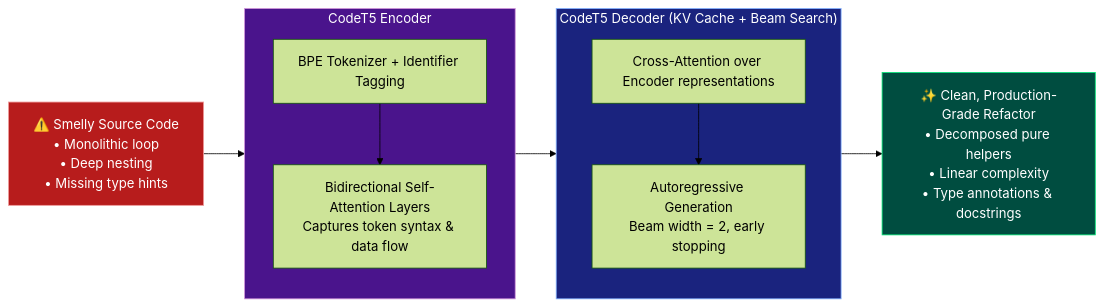
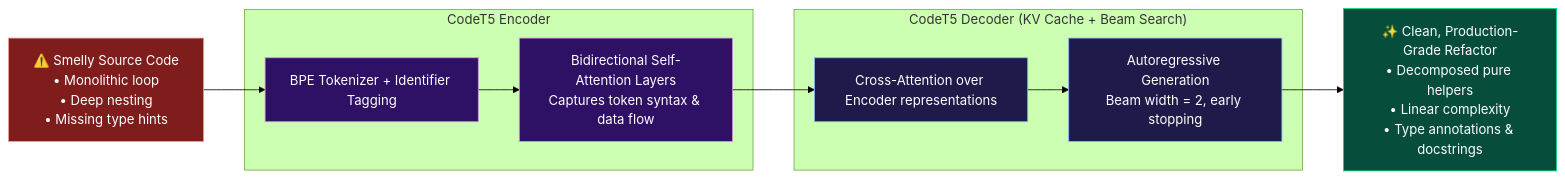
The third of 4 diagrams in README.md (wraith-klu/RigelAI), drawn with Mermaid (forest theme) before and after one commit. The commit also changed other lines of this file, not shown here.

Commit message:
Fix: Mermaid diagram syntax for GitHub Flavored Markdown rich display rendering

````diff
--- a/README.md
+++ b/README.md
@@ -259,25 +277,29 @@
 ```mermaid
 flowchart LR
-    BUGGY["⚠️ Smelly Source Code\n• Monolithic loop\n• Deep nesting\n• Missing type hints"]
+    BUGGY["⚠️ Smelly Source Code<br/>• Monolithic loop<br/>• Deep nesting<br/>• Missing type hints"]
 
-    subgraph ENCODER["CodeT5 Encoder"]
+    subgraph S_ENCODER["CodeT5 Encoder"]
         E_TOK["BPE Tokenizer + Identifier Tagging"]
-        E_ATTN["Bidirectional Self-Attention Layers\nCaptures token syntax & data flow"]
+        E_ATTN["Bidirectional Self-Attention Layers<br/>Captures token syntax & data flow"]
         E_TOK --> E_ATTN
     end
 
-    subgraph DECODER["CodeT5 Decoder (KV Cache + Beam Search)"]
+    subgraph S_DECODER["CodeT5 Decoder (KV Cache + Beam Search)"]
         D_CROSS["Cross-Attention over Encoder representations"]
-        D_AUTOREG["Autoregressive Generation\nBeam width = 2, early stopping"]
+        D_AUTOREG["Autoregressive Generation<br/>Beam width = 2, early stopping"]
         D_CROSS --> D_AUTOREG
     end
 
-    REFACTORED["✨ Clean, Production-Grade Refactor\n• Decomposed pure helpers\n• Linear complexity\n• Type annotations & docstrings"]
+    REFACTORED["✨ Clean, Production-Grade Refactor<br/>• Decomposed pure helpers<br/>• Linear complexity<br/>• Type annotations & docstrings"]
 
-    BUGGY --> ENCODER --> DECODER --> REFACTORED
+    BUGGY --> E_TOK
+    E_ATTN --> D_CROSS
+    D_AUTOREG --> REFACTORED
 
-    style ENCODER fill:#4a148c,color:#fff,stroke:#ce93d8
-    style DECODER fill:#1a237e,color:#fff,stroke:#82b1ff
-    style BUGGY fill:#b71c1c,color:#fff,stroke:#ef9a9a
-    style REFACTORED fill:#004d40,color:#fff,stroke:#00e676
+    style BUGGY fill:#7f1d1d,color:#fff,stroke:#ef9a9a
+    style E_TOK fill:#2e1065,color:#fff,stroke:#ce93d8
+    style E_ATTN fill:#2e1065,color:#fff,stroke:#ce93d8
+    style D_CROSS fill:#1e1b4b,color:#fff,stroke:#82b1ff
+    style D_AUTOREG fill:#1e1b4b,color:#fff,stroke:#82b1ff
+    style REFACTORED fill:#064e3b,color:#fff,stroke:#00e676
 ```
````
